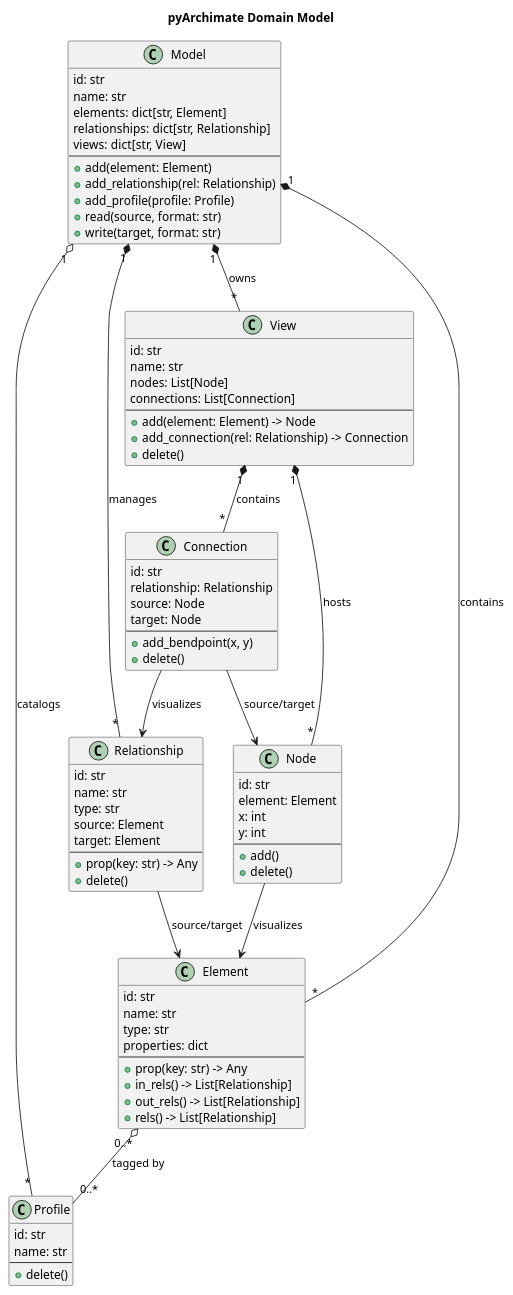
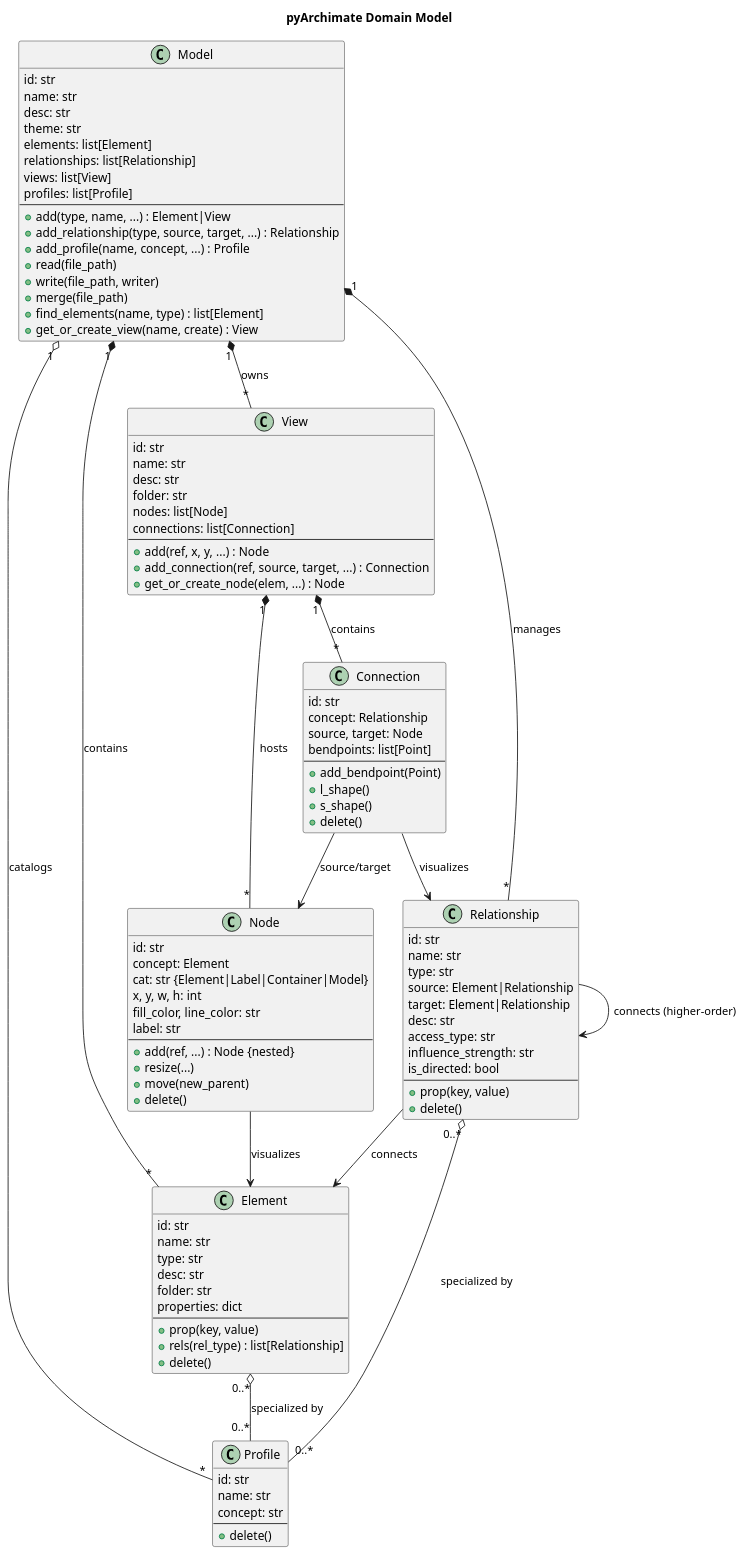
One commit to pyArchimate/pyArchimate changed the diagram in docs/diagrams/class.puml. Above: the diagram before and after it, drawn with PlantUML. The commit also changed 38 other files, not shown here.

First line of the commit message:
chore: add behave stubs, fix pre-push script, and update docs/diagrams

```diff
--- a/docs/diagrams/class.puml
+++ b/docs/diagrams/class.puml
@@ -1,95 +1,117 @@
 @startuml
 title pyArchimate Domain Model
 
 class Model {
   id: str
   name: str
-  elements: dict[str, Element]
-  relationships: dict[str, Relationship]
-  views: dict[str, View]
+  desc: str
+  theme: str
+  elements: list[Element]
+  relationships: list[Relationship]
+  views: list[View]
+  profiles: list[Profile]
   --
-  + add(element: Element)
-  + add_relationship(rel: Relationship)
-  + add_profile(profile: Profile)
-  + read(source, format: str)
-  + write(target, format: str)
+  + add(type, name, ...) : Element|View
+  + add_relationship(type, source, target, ...) : Relationship
+  + add_profile(name, concept, ...) : Profile
+  + read(file_path)
+  + write(file_path, writer)
+  + merge(file_path)
+  + find_elements(name, type) : list[Element]
+  + get_or_create_view(name, create) : View
 }
 
 class Element {
   id: str
   name: str
   type: str
+  desc: str
+  folder: str
   properties: dict
   --
-  + prop(key: str) -> Any
-  + in_rels() -> List[Relationship]
-  + out_rels() -> List[Relationship]
-  + rels() -> List[Relationship]
+  + prop(key, value)
+  + rels(rel_type) : list[Relationship]
+  + delete()
 }
 
 class Relationship {
   id: str
   name: str
   type: str
-  source: Element
-  target: Element
+  source: Element|Relationship
+  target: Element|Relationship
+  desc: str
+  access_type: str
+  influence_strength: str
+  is_directed: bool
   --
-  + prop(key: str) -> Any
+  + prop(key, value)
   + delete()
 }
 
 class Profile {
   id: str
   name: str
+  concept: str
   --
   + delete()
 }
 
 class View {
   id: str
   name: str
-  nodes: List[Node]
-  connections: List[Connection]
+  desc: str
+  folder: str
+  nodes: list[Node]
+  connections: list[Connection]
   --
-  + add(element: Element) -> Node
-  + add_connection(rel: Relationship) -> Connection
-  + delete()
+  + add(ref, x, y, ...) : Node
+  + add_connection(ref, source, target, ...) : Connection
+  + get_or_create_node(elem, ...) : Node
 }
 
 class Node {
   id: str
-  element: Element
-  x: int
-  y: int
+  concept: Element
+  cat: str {Element|Label|Container|Model}
+  x, y, w, h: int
+  fill_color, line_color: str
+  label: str
   --
-  + add()
+  + add(ref, ...) : Node {nested}
+  + resize(...)
+  + move(new_parent)
   + delete()
 }
 
 class Connection {
   id: str
-  relationship: Relationship
-  source: Node
-  target: Node
+  concept: Relationship
+  source, target: Node
+  bendpoints: list[Point]
   --
-  + add_bendpoint(x, y)
+  + add_bendpoint(Point)
+  + l_shape()
+  + s_shape()
   + delete()
 }
 
 Model "1" *-- "*" Element : contains
 Model "1" *-- "*" Relationship : manages
 Model "1" *-- "*" View : owns
 Model "1" o-- "*" Profile : catalogs
 
 View "1" *-- "*" Node : hosts
 View "1" *-- "*" Connection : contains
 
 Node --> Element : visualizes
 Connection --> Relationship : visualizes
 Connection --> Node : source/target
 
-Relationship --> Element : source/target
+Relationship --> Element : connects
+Relationship --> Relationship : connects (higher-order)
 
-Element "0..*" o-- "0..*" Profile : tagged by
+Element "0..*" o-- "0..*" Profile : specialized by
+Relationship "0..*" o-- "0..*" Profile : specialized by
 
 @enduml
```
